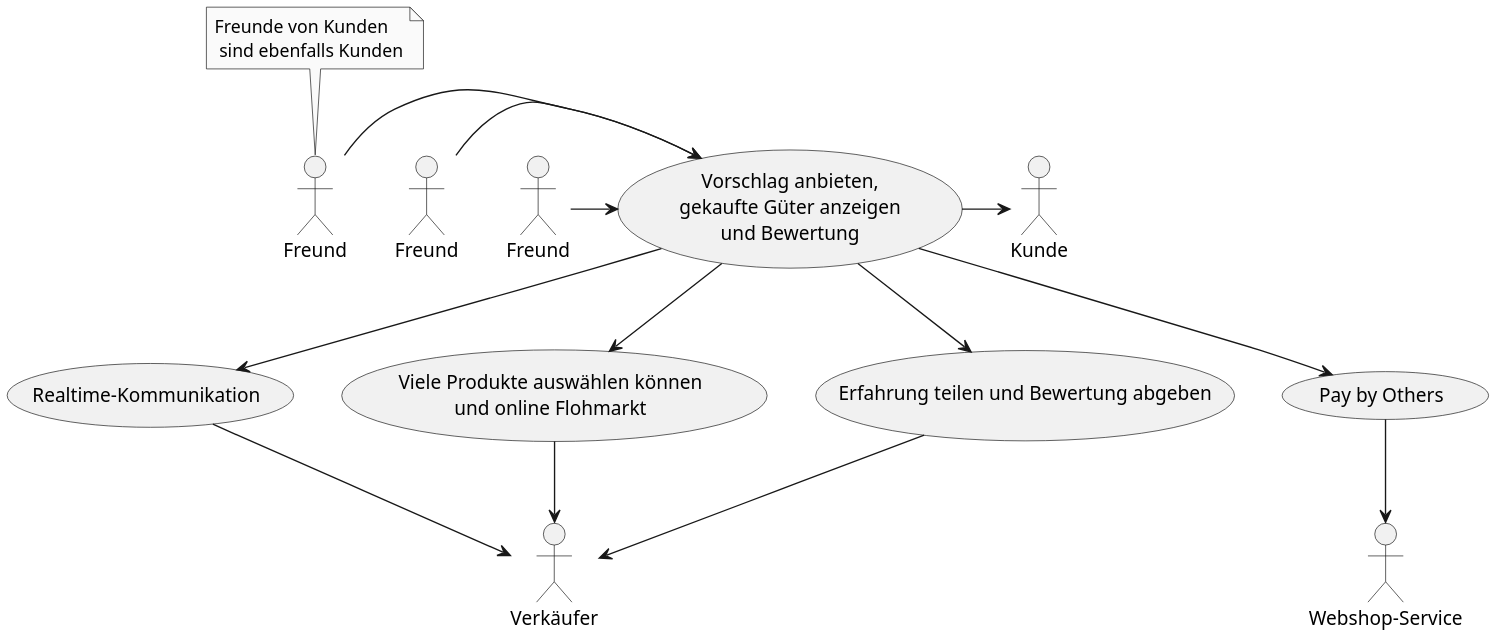
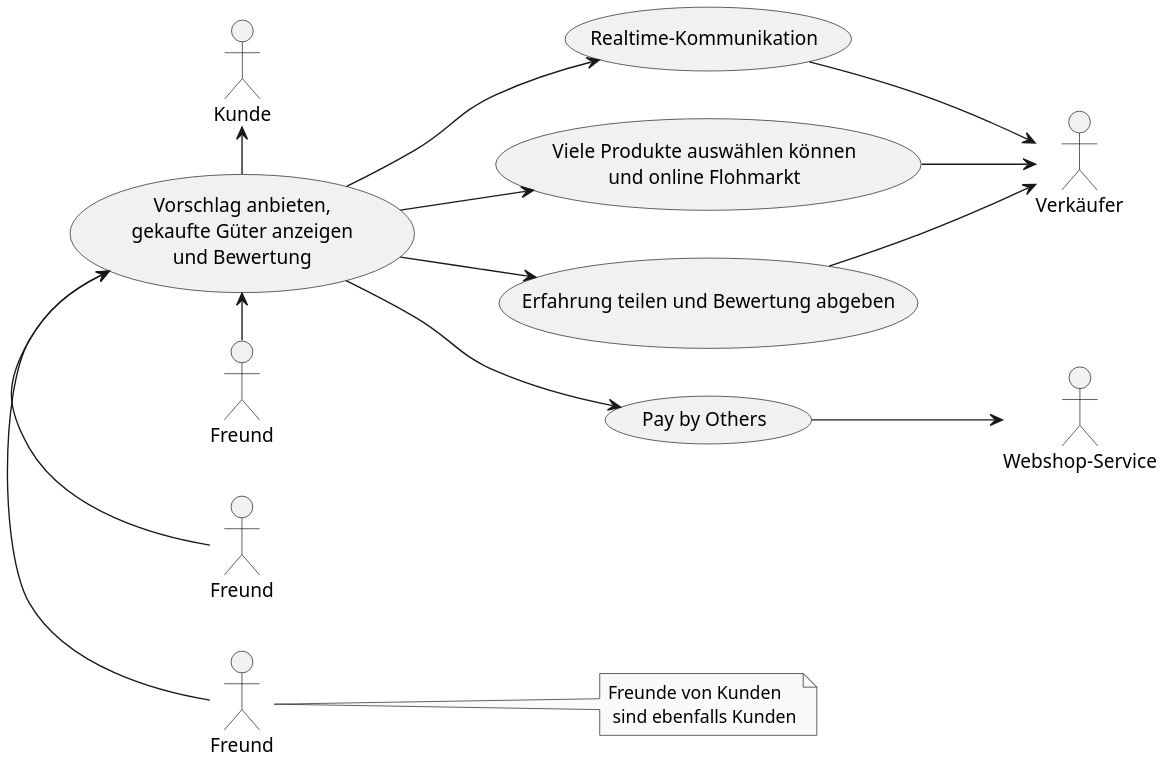
One commit to godlikelucinda/bachelorarbeit changed the diagram in uml-diagramme/online-shopping.puml. Above: the diagram before and after it, drawn with PlantUML. The commit also changed 1 other file, not shown here.

```diff
--- a/uml-diagramme/online-shopping.puml
+++ b/uml-diagramme/online-shopping.puml
@@ -1,37 +1,38 @@
 @startuml
 scale 2
 skinparam monochrome true
 skinparam shadowing false
+left to right direction
 
 :Kunde: as Customer
 :Freund: as Friend1
 :Freund: as Friend2
 :Freund: as Friend3
 :Verkäufer: as Seller
 :Webshop-Service: as Service
 
 (Vorschlag anbieten,\ngekaufte Güter anzeigen\nund Bewertung) as (suggest)
 (Realtime-Kommunikation) as (communication)
 (Viele Produkte auswählen können\nund online Flohmarkt) as (multiSelect)
 (Erfahrung teilen und Bewertung abgeben) as (experience)
 (Pay by Others) as (payByOthers)
 
-(suggest) -> Customer
+Customer <- (suggest)
 
-Friend1 -> (suggest)
-Friend2 -> (suggest)
-Friend3 -> (suggest)
+(suggest) <- Friend1
+(suggest) <- Friend2
+(suggest) <- Friend3
 
 (suggest) --> (communication)
 (suggest) --> (multiSelect)
 (suggest) --> (experience)
 (suggest) --> (payByOthers)
 
 (communication) --> Seller
 (multiSelect) --> Seller
 (experience) --> Seller
 (payByOthers) --> Service
 
-note top of Friend1 : Freunde von Kunden\n sind ebenfalls Kunden
+note right of Friend1 : Freunde von Kunden\n sind ebenfalls Kunden
 
 @enduml
```
